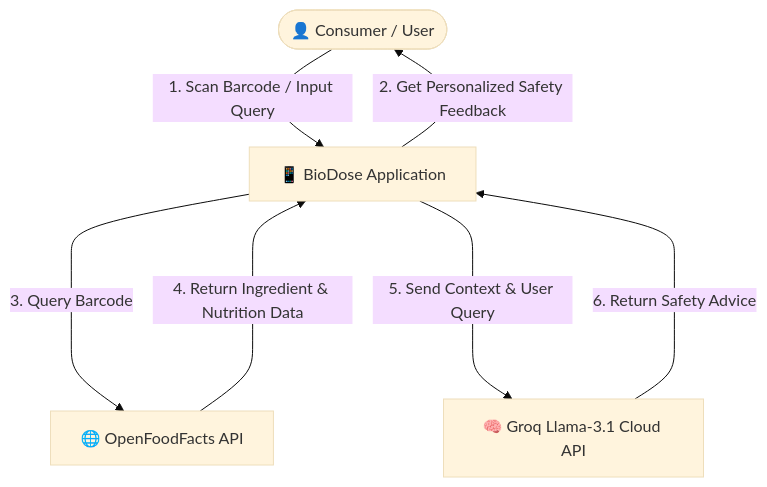
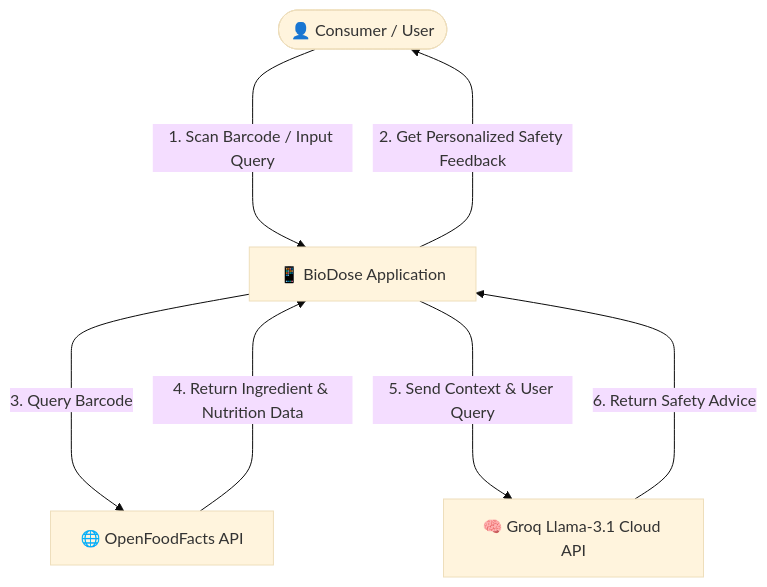
Before and after one commit to sirikumar9106/BioDose---Intelligent-Food-Quality-Consumer-Safety-Intelligence-System: the first of 4 diagrams in README.md, drawn with Mermaid (base theme).

Commit message:
Update diagram formatting in README.md

````diff
--- a/README.md
+++ b/README.md
@@ -16,11 +16,11 @@
 ```mermaid
 graph TD
-    User([👤 Consumer / User]) -->|1. Scan Barcode / Input Query| BioDose[📱 BioDose Application]
-    BioDose -->|2. Get Personalized Safety Feedback| User
+    User([👤 Consumer / User]) --->|  1. Scan Barcode / Input Query  | BioDose[📱 BioDose Application]
+    BioDose ---->|  2. Get Personalized Safety Feedback  | User
     
-    BioDose ---->|3. Query Barcode| OFF[🌐 OpenFoodFacts API]
-    OFF ---->|4. Return Ingredient & Nutrition Data| BioDose
+    BioDose ---->|  3. Query Barcode  | OFF[🌐 OpenFoodFacts API]
+    OFF ---->|  4. Return Ingredient & Nutrition Data  | BioDose
     
     BioDose ---->|5. Send Context & User Query| Groq[🧠 Groq Llama-3.1 Cloud API]
     Groq ---->|6. Return Safety Advice| BioDose
 ```
````
